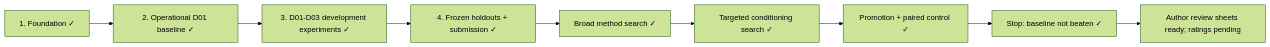
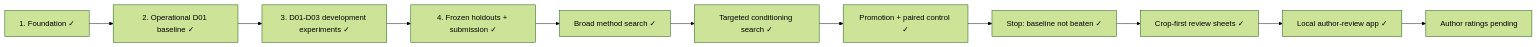
The diagram in PLANS.md (komaksym/weon-assignment), drawn with Mermaid (forest theme) before and after one commit. The commit also changed other lines of this file and 14 other files, not shown here.

First line of the commit message:
feat: add local human-review app

````diff
--- a/PLANS.md
+++ b/PLANS.md
@@ -5,11 +5,13 @@
 ```mermaid
 flowchart LR
     S1[1. Foundation ✓] --> S2[2. Operational D01 baseline ✓]
     S2 --> S3[3. D01-D03 development experiments ✓]
     S3 --> S4[4. Frozen holdouts + submission ✓]
     S4 --> B[Broad method search ✓]
     B --> T[Targeted conditioning search ✓]
     T --> P[Promotion + paired control ✓]
     P --> D[Stop: baseline not beaten ✓]
-    D --> H[Author review sheets ready; ratings pending]
+    D --> H[Crop-first review sheets ✓]
+    H --> UI[Local author-review app ✓]
+    UI --> R[Author ratings pending]
 ```
````
